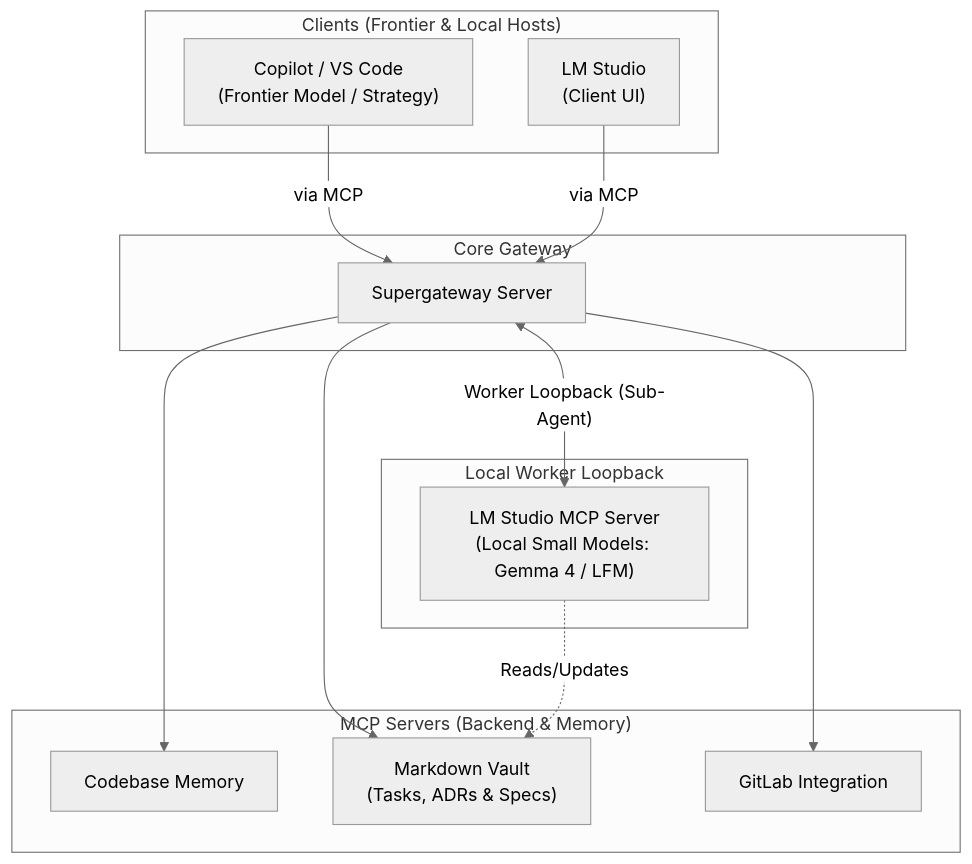
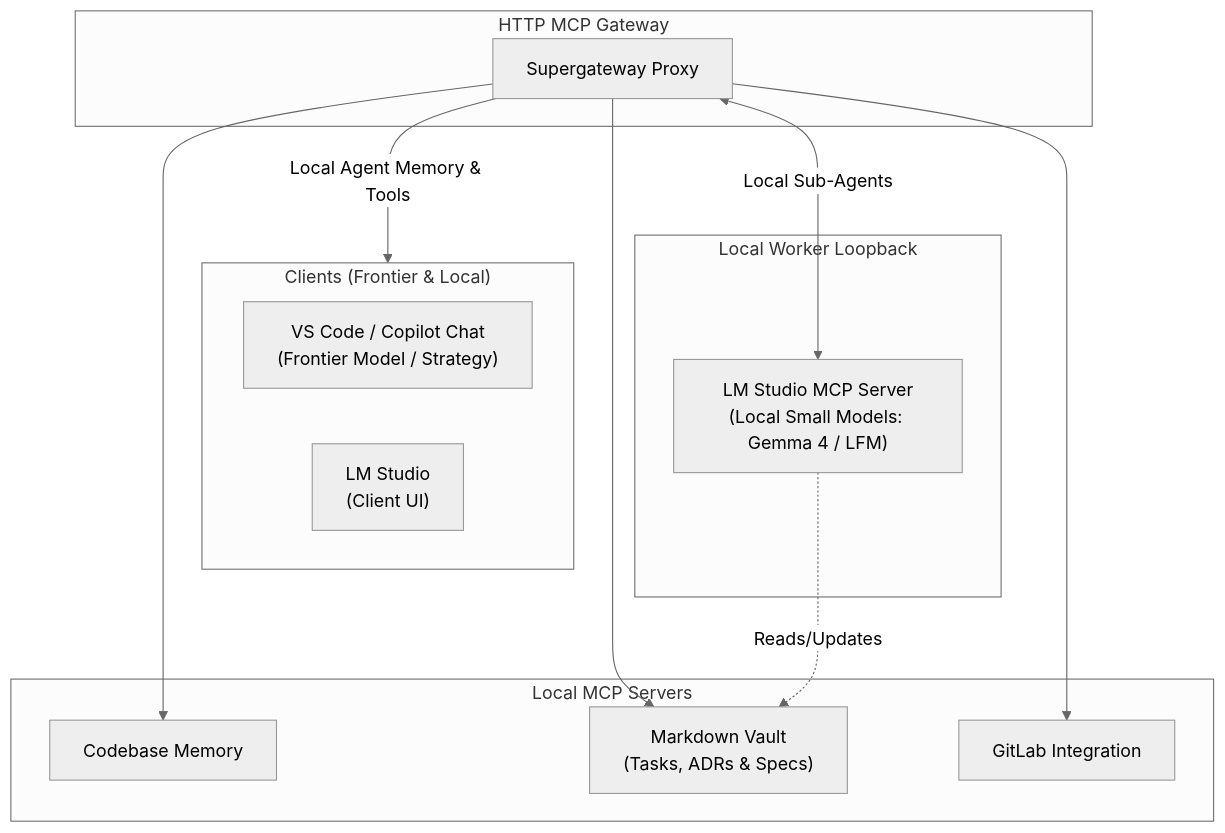
The diagram in README.md (Flexi23/vscode-mcp-supergateway), drawn with Mermaid (neutral theme) before and after one commit.

Commit message:
manual changes to mermaid diagram

````diff
--- a/README.md
+++ b/README.md
@@ -5,34 +5,33 @@
 ```mermaid
-graph TD
-    subgraph Clients["Clients (Frontier & Local Hosts)"]
-        Copilot["Copilot / VS Code<br/>(Frontier Model / Strategy)"]
+graph
+    subgraph Clients["Clients (Frontier & Local)"]
+        Copilot["VS Code / Copilot Chat<br/>(Frontier Model / Strategy)"]
         LMStudio_Host["LM Studio<br/>(Client UI)"]
     end
 
-    subgraph Gateway["Core Gateway"]
-        Supergateway["Supergateway Server"]
+    subgraph Gateway["HTTP MCP Gateway"]
+        Supergateway["Supergateway Proxy"]
     end
 
     subgraph Loopback["Local Worker Loopback"]
-        LMStudio_Worker["LM Studio MCP Server<br/>(Local Small Models: Gemma 4 / LFM)"]
+        LMStudio_Worker["LM Studio MCP Server<br>(Local Small Models: Gemma 4 / LFM)"]
     end
 
-    subgraph Backends["MCP Servers (Backend & Memory)"]
+    subgraph Backends["Local MCP Servers"]
         CodebaseMemory["Codebase Memory"]
-        MarkdownVault["Markdown Vault<br/>(Tasks, ADRs & Specs)"]
+        MarkdownVault["Markdown Vault<br>(Tasks, ADRs & Specs)"]
         GitLab["GitLab Integration"]
     end
 
     %% Client connections to Gateway
-    Copilot -- "via MCP" --> Supergateway
-    LMStudio_Host -- "via MCP" --> Supergateway
-
+    Supergateway -- "Local Agent Memory & Tools" --> Clients
+    
     %% Gateway routes to Backends and Loopback Worker
     Supergateway --> CodebaseMemory
     Supergateway --> MarkdownVault
     Supergateway --> GitLab
     
     %% Loopback Worker Execution
-    Supergateway <-->|"Worker Loopback (Sub-Agent)"| LMStudio_Worker
+    Supergateway <-->|"Local Sub-Agents"| LMStudio_Worker
     LMStudio_Worker -. "Reads/Updates" .-> MarkdownVault
 ```
````
